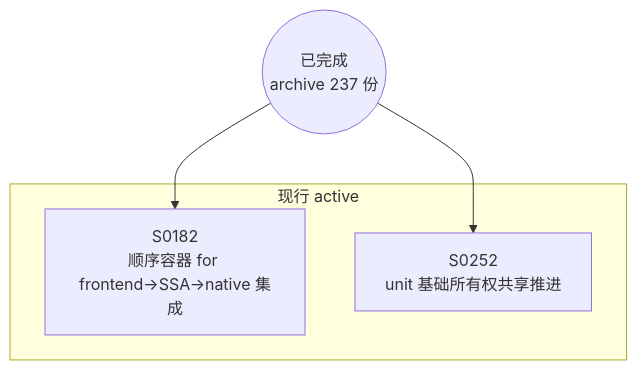
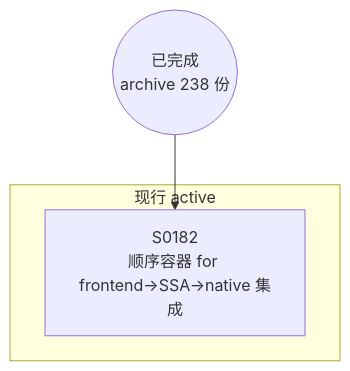
The diagram in docs/specs/dependency-graph.md (Halckon/Koven), drawn with Mermaid before and after one commit. The commit also changed other lines of this file and 9 other files, not shown here.

````diff
--- a/docs/specs/dependency-graph.md
+++ b/docs/specs/dependency-graph.md
@@ -9,10 +9,8 @@
 ```mermaid
 flowchart TD
-ARCH(("已完成<br/>archive 237 份"))
+ARCH(("已完成<br/>archive 238 份"))
 subgraph Gactive["现行 active"]
   S0182["S0182<br/>顺序容器 for frontend→SSA→native 集成"]
-  S0252["S0252<br/>unit 基础所有权共享推进"]
 end
 ARCH --> S0182
-ARCH --> S0252
 ```
````
